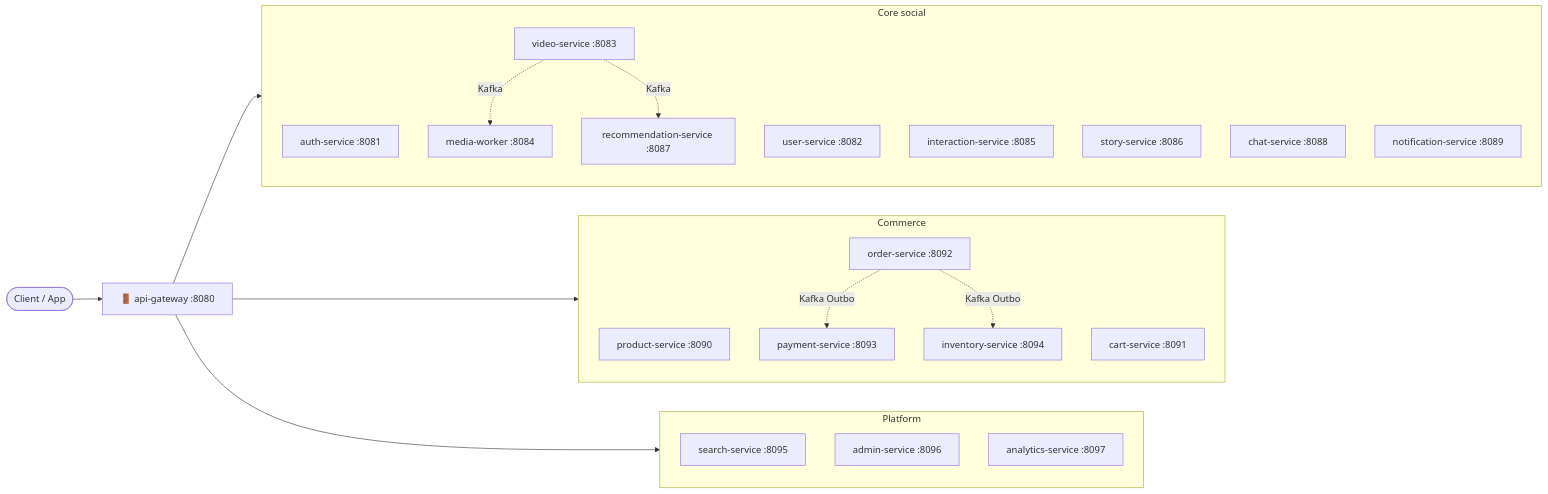
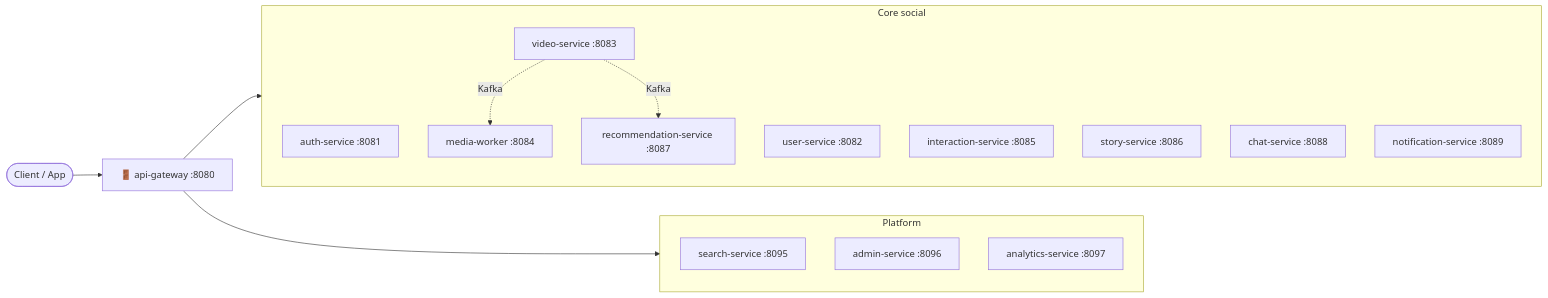
The diagram in README.md (shoyo2312/EProject-4), drawn with Mermaid before and after one commit. The commit also changed other lines of this file and 211 other files, not shown here.

````diff
--- a/README.md
+++ b/README.md
@@ -50,38 +50,27 @@
 ```mermaid
 flowchart LR
     Client([Client / App]) --> GW["🚪 api-gateway :8080"]
 
     subgraph Core["Core social"]
         AUTH["auth-service :8081"]
         USER["user-service :8082"]
         VIDEO["video-service :8083"]
         MEDIA["media-worker :8084"]
         INTER["interaction-service :8085"]
         STORY["story-service :8086"]
         REC["recommendation-service :8087"]
         CHAT["chat-service :8088"]
         NOTI["notification-service :8089"]
     end
 
-    subgraph Commerce["Commerce"]
-        PROD["product-service :8090"]
-        CART["cart-service :8091"]
-        ORDER["order-service :8092"]
-        PAY["payment-service :8093"]
-        INV["inventory-service :8094"]
-    end
-
     subgraph Platform["Platform"]
         SEARCH["search-service :8095"]
         ADMIN["admin-service :8096"]
         ANALYTICS["analytics-service :8097"]
     end
 
     GW --> Core
-    GW --> Commerce
     GW --> Platform
-    ORDER -.Kafka Outbox.-> PAY
-    ORDER -.Kafka Outbox.-> INV
     VIDEO -.Kafka.-> MEDIA
     VIDEO -.Kafka.-> REC
 ```
````
